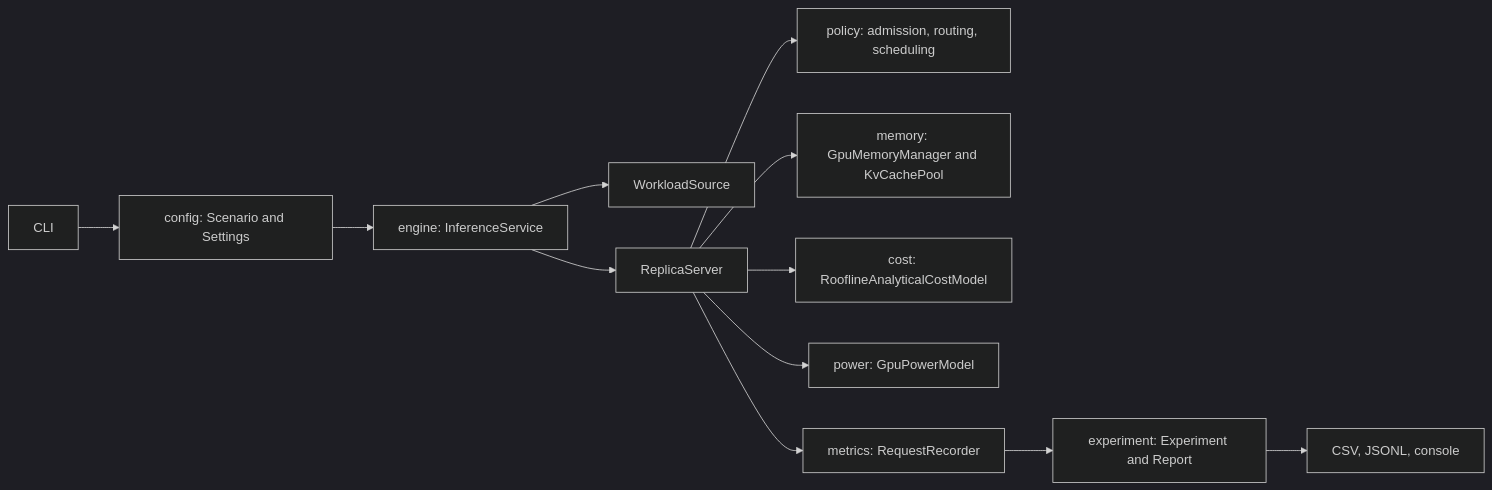
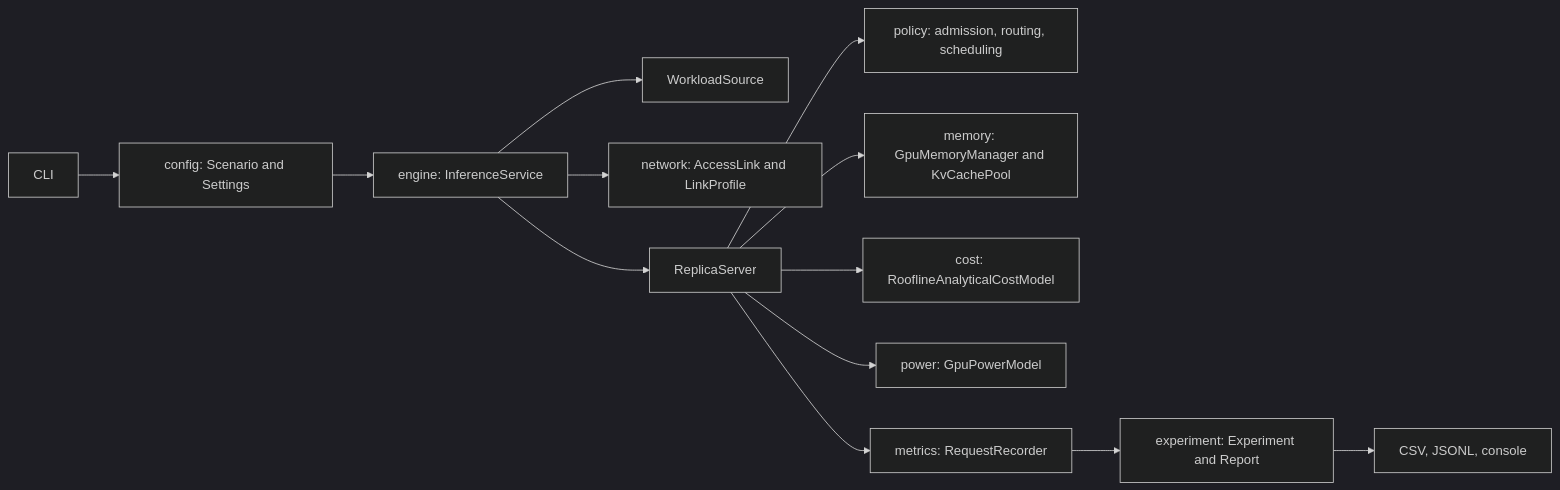
The first of 4 diagrams in README.md (CharafeddineMechalikh/Docket), drawn with Mermaid (dark theme) before and after one commit. The commit also changed other lines of this file and 125 other files, not shown here.

Commit message:
Add heterogeneous fleets, a store-and-forward access link and prefill/decode disaggregation with examples 10 to 13, on PureEdgeSim 6.1

````diff
--- a/README.md
+++ b/README.md
@@ -255,14 +268,15 @@
 ```mermaid
 flowchart LR
   CLI[CLI] --> CFG[config: Scenario and Settings]
   CFG --> ENG[engine: InferenceService]
   ENG --> WS[WorkloadSource]
+  ENG --> NET[network: AccessLink and LinkProfile]
   ENG --> RS[ReplicaServer]
   RS --> POL[policy: admission, routing, scheduling]
   RS --> MEM[memory: GpuMemoryManager and KvCachePool]
   RS --> COST[cost: RooflineAnalyticalCostModel]
   RS --> PWR[power: GpuPowerModel]
   RS --> MET[metrics: RequestRecorder]
   MET --> REP[experiment: Experiment and Report]
   REP --> OUT[CSV, JSONL, console]
 ```
````
